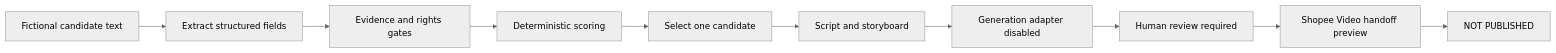
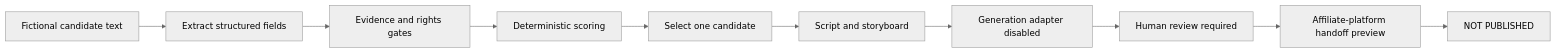
Before and after one commit to mccruz/social-commerce-video-automation: the diagram in docs/architecture.md, drawn with Mermaid (neutral theme). The commit also changed other lines of this file and 12 other files, not shown here.

Commit message:
Generalize affiliate video workflow

````diff
--- a/docs/architecture.md
+++ b/docs/architecture.md
@@ -5,12 +5,12 @@
 ```mermaid
 flowchart LR
     A[Fictional candidate text] --> B[Extract structured fields]
     B --> C[Evidence and rights gates]
     C --> D[Deterministic scoring]
     D --> E[Select one candidate]
     E --> F[Script and storyboard]
     F --> G[Generation adapter disabled]
     G --> H[Human review required]
-    H --> I[Shopee Video handoff preview]
+    H --> I[Affiliate-platform handoff preview]
     I --> J[NOT PUBLISHED]
 ```
````
